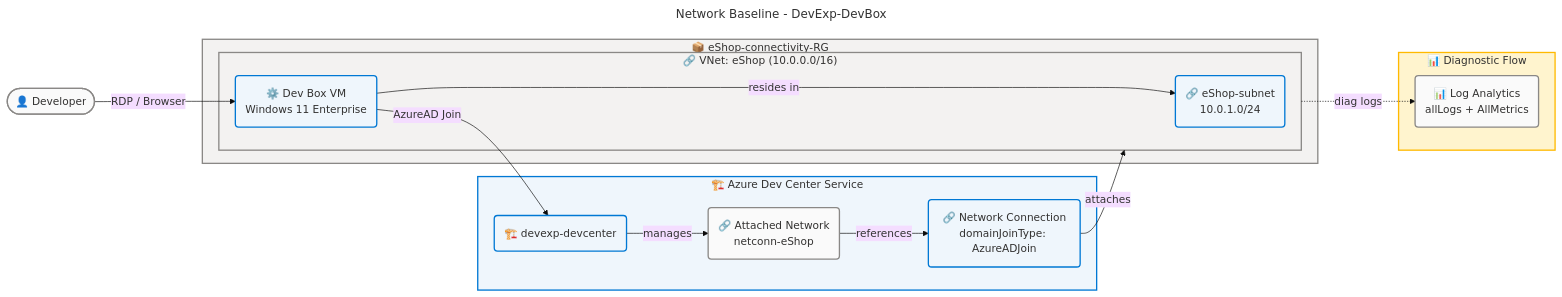
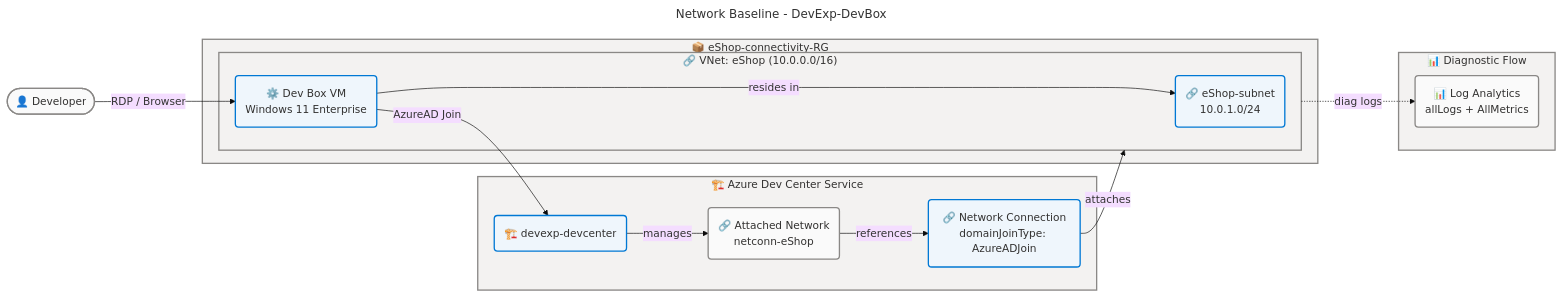
Before and after one commit to Evilazaro/DevExp-DevBox: the third of 6 diagrams in docs/architecture/technology-architecture.md, drawn with Mermaid. The commit also changed other lines of this file and 2 other files, not shown here.

Commit message:
refactor: Update Mermaid diagram styles for improved visual consistency across architecture documents

````diff
--- a/docs/architecture/technology-architecture.md
+++ b/docs/architecture/technology-architecture.md
@@ -516,63 +516,63 @@
 ```mermaid
 ---
 title: Network Baseline - DevExp-DevBox
 config:
   theme: base
   look: classic
   layout: dagre
   themeVariables:
     fontSize: '16px'
   flowchart:
     htmlLabels: true
 ---
 flowchart LR
     accTitle: Network Baseline - DevExp-DevBox
     accDescr: Shows the network topology including VNet address space, subnets, DevCenter network connection, and developer endpoint flows
 
     %% ═══════════════════════════════════════════════════════════════════════════
     %% AZURE / FLUENT ARCHITECTURE PATTERN v1.1
     %% (Semantic + Structural + Font + Accessibility Governance)
     %% ═══════════════════════════════════════════════════════════════════════════
     %% PHASE 1 - FLUENT UI: All styling uses approved Fluent UI palette only
     %% PHASE 2 - GROUPS: Every subgraph has semantic color via style directive
     %% PHASE 3 - COMPONENTS: Every node has semantic classDef + icon prefix
     %% PHASE 4 - ACCESSIBILITY: accTitle/accDescr present, WCAG AA contrast
     %% PHASE 5 - STANDARD: Governance block present, classDefs centralized
     %% ═══════════════════════════════════════════════════════════════════════════
 
     Developer(["👤 Developer"]):::neutral
 
     subgraph DevBoxService["🏗️ Azure Dev Center Service"]
         DevCenter("🏗️ devexp-devcenter"):::core
         NetConn("🔗 Network Connection<br/>domainJoinType: AzureADJoin"):::core
         AttachedNet("🔗 Attached Network<br/>netconn-eShop"):::neutral
     end
 
     subgraph ConnRG["📦 eShop-connectivity-RG"]
         subgraph eShopVNet["🔗 VNet: eShop (10.0.0.0/16)"]
             Subnet("🔗 eShop-subnet<br/>10.0.1.0/24"):::core
             DevBoxVM("⚙️ Dev Box VM<br/>Windows 11 Enterprise"):::core
         end
     end
 
     subgraph DiagFlow["📊 Diagnostic Flow"]
         LA("📊 Log Analytics<br/>allLogs + AllMetrics"):::neutral
     end
 
     Developer -->|"RDP / Browser"| DevBoxVM
     DevBoxVM -->|"resides in"| Subnet
     NetConn -->|"attaches"| eShopVNet
     AttachedNet -->|"references"| NetConn
     DevCenter -->|"manages"| AttachedNet
     DevBoxVM -->|"AzureAD Join"| DevCenter
     eShopVNet -.->|"diag logs"| LA
 
     %% Centralized classDefs
     classDef neutral fill:#FAFAFA,stroke:#8A8886,stroke-width:2px,color:#323130
     classDef core fill:#EFF6FC,stroke:#0078D4,stroke-width:2px,color:#323130
 
-    style DevBoxService fill:#EFF6FC,stroke:#0078D4,stroke-width:2px,color:#323130
+    style DevBoxService fill:#F3F2F1,stroke:#8A8886,stroke-width:2px,color:#323130
     style ConnRG fill:#F3F2F1,stroke:#8A8886,stroke-width:2px,color:#323130
     style eShopVNet fill:#F3F2F1,stroke:#8A8886,stroke-width:2px,color:#323130
-    style DiagFlow fill:#FFF4CE,stroke:#FFB900,stroke-width:2px,color:#323130
+    style DiagFlow fill:#F3F2F1,stroke:#8A8886,stroke-width:2px,color:#323130
 ```
````
